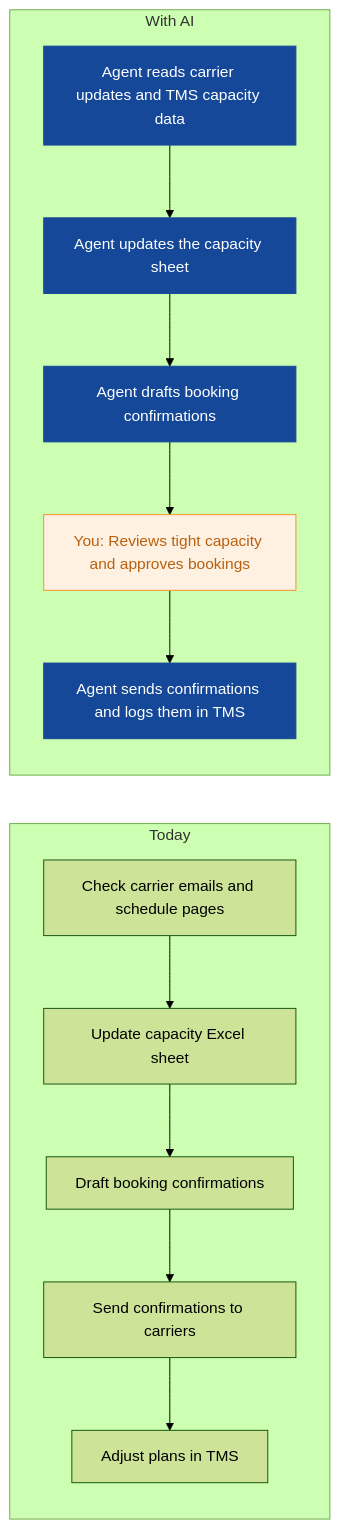
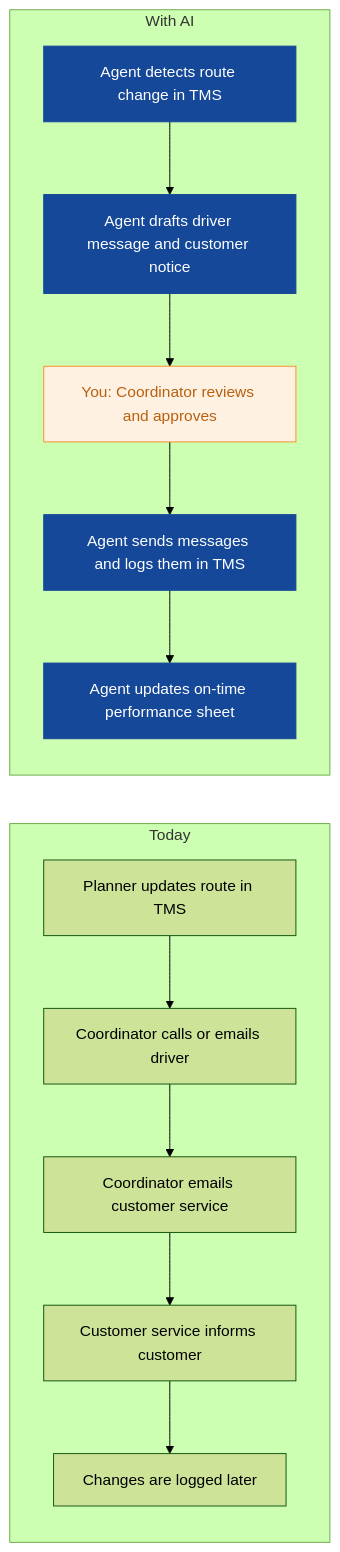
The fifth of 9 diagrams in strategies/harborline-freight.md (nexibeo/Complete-AI-Strategy), drawn with Mermaid (forest theme) before and after one commit. The commit also changed other lines of this file and 26 other files, not shown here.

````diff
--- a/strategies/harborline-freight.md
+++ b/strategies/harborline-freight.md
@@ -135,23 +169,23 @@
 ```mermaid
 flowchart LR
   subgraph Today
-    B0["Check carrier emails and schedule pages"]
-    B1["Update capacity Excel sheet"]
-    B2["Draft booking confirmations"]
-    B3["Send confirmations to carriers"]
-    B4["Adjust plans in TMS"]
+    B0["Planner updates route in TMS"]
+    B1["Coordinator calls or emails driver"]
+    B2["Coordinator emails customer service"]
+    B3["Customer service informs customer"]
+    B4["Changes are logged later"]
     B0 --> B1 --> B2 --> B3 --> B4
   end
   subgraph WithAI[With AI]
-    A0["Agent reads carrier updates and TMS capacity data"]
-    A1["Agent updates the capacity sheet"]
-    A2["Agent drafts booking confirmations"]
-    A3["You: Reviews tight capacity and approves bookings"]
-    A4["Agent sends confirmations and logs them in TMS"]
+    A0["Agent detects route change in TMS"]
+    A1["Agent drafts driver message and customer notice"]
+    A2["You: Coordinator reviews and approves"]
+    A3["Agent sends messages and logs them in TMS"]
+    A4["Agent updates on-time performance sheet"]
     A0 --> A1 --> A2 --> A3 --> A4
   end
   classDef ai fill:#154899,color:#fff,stroke:#154899
   classDef human fill:#FFF1E2,color:#B8600F,stroke:#F98F2C
-  class A0,A1,A2,A4 ai
-  class A3 human
+  class A0,A1,A3,A4 ai
+  class A2 human
 ```
````
